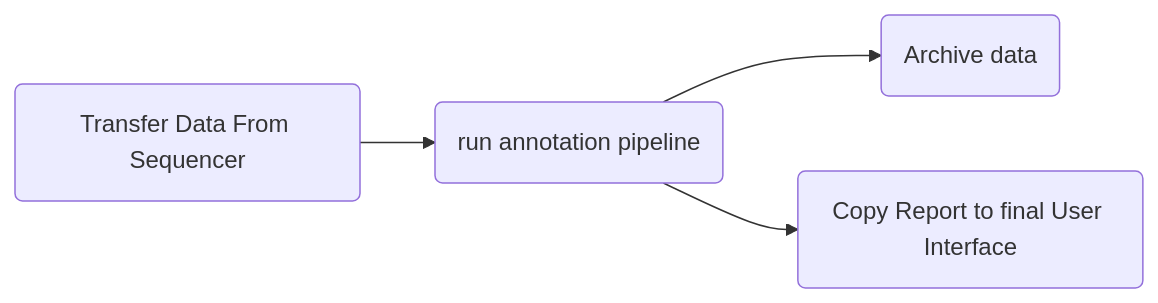
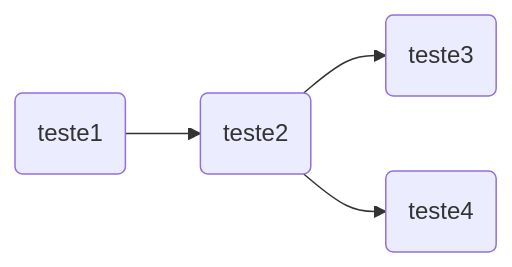
The diagram in README.md (josealvesferrao/curso_bioinformatica), drawn with Mermaid before and after one commit. The commit also changed other lines of this file, not shown here.

````diff
--- a/README.md
+++ b/README.md
@@ -5,6 +5,6 @@
 ```mermaid
   graph LR;
-      a(Transfer Data From Sequencer) --> b(run annotation pipeline) ;
-      b --> c(Archive data);
-      b --> d(Copy Report to final User Interface);
+      a(teste1) --> b(teste2) ;
+      b --> c(teste3);
+      b --> d(teste4);
 ```
````
